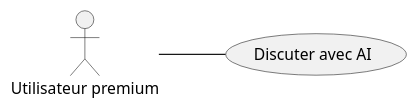
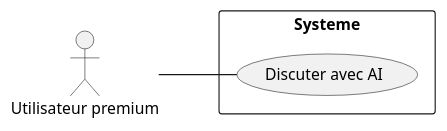
Before and after one commit to benslimenmohamedaziz3-bot/diagrammes: the diagram in Desktop/rapport/usecase/discuteAI.puml, drawn with PlantUML. The commit also changed 19 other files, not shown here.

```diff
--- a/Desktop/rapport/usecase/discuteAI.puml
+++ b/Desktop/rapport/usecase/discuteAI.puml
@@ -1,9 +1,16 @@
 @startuml
 left to right direction
+skinparam shadowing false
+skinparam linetype ortho
+skinparam nodesep 60
+skinparam ranksep 70
 
 actor "Utilisateur premium" as UtilisateurPremium
-usecase "Discuter avec AI" as DiscuterAI
+
+rectangle "Systeme" as Systeme {
+  usecase "Discuter avec AI" as DiscuterAI
+}
 
 UtilisateurPremium -- DiscuterAI
 
 @enduml
```
